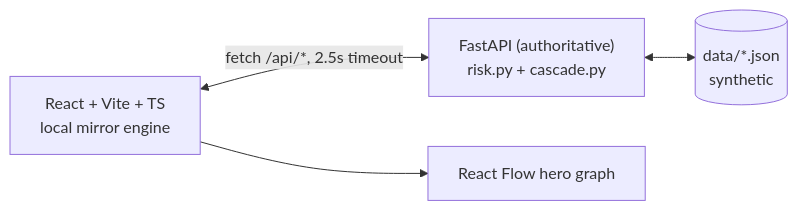
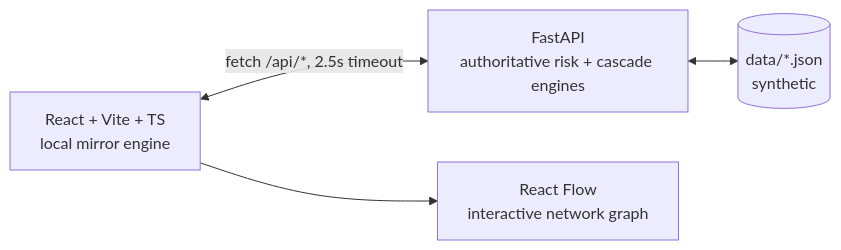
Before and after one commit to Darshhan-28/MediCascade: the diagram in README.md, drawn with Mermaid. The commit also changed other lines of this file, not shown here.

````diff
--- a/README.md
+++ b/README.md
@@ -32,6 +61,6 @@
 ```mermaid
 flowchart LR
-  FE["React + Vite + TS<br/>local mirror engine"] <-->|"fetch /api/*, 2.5s timeout"| BE["FastAPI (authoritative)<br/>risk.py + cascade.py"]
+  FE["React + Vite + TS<br/>local mirror engine"] <-->|"fetch /api/*, 2.5s timeout"| BE["FastAPI<br/>authoritative risk + cascade engines"]
   BE <--> DATA[("data/*.json<br/>synthetic")]
-  FE --> RF["React Flow hero graph"]
+  FE --> RF["React Flow<br/>interactive network graph"]
 ```
````
